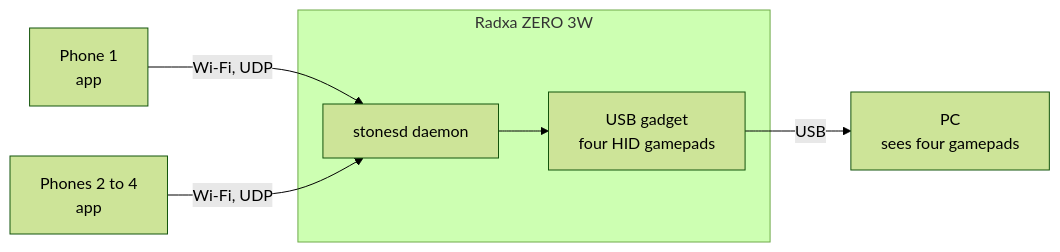
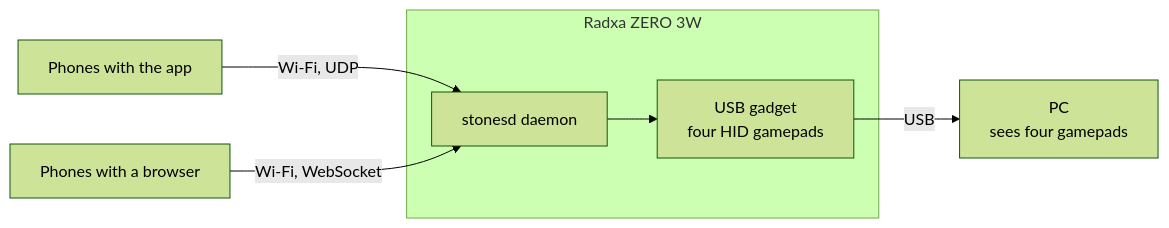
One commit to Saccharoze/phones-as-usb-gamepads changed the diagram in README.md. Above: the diagram before and after it, drawn with Mermaid (forest theme). The commit also changed other lines of this file and 4 other files, not shown here.

````diff
--- a/README.md
+++ b/README.md
@@ -15,9 +15,9 @@
 ```mermaid
 flowchart LR
-  P1["Phone 1<br/>app"] -- "Wi-Fi, UDP" --> D
-  P2["Phones 2 to 4<br/>app"] -- "Wi-Fi, UDP" --> D
+  A["Phones with the app"] -- "Wi-Fi, UDP" --> D
+  W["Phones with a browser"] -- "Wi-Fi, WebSocket" --> D
   subgraph B["Radxa ZERO 3W"]
     D["stonesd daemon"] --> H["USB gadget<br/>four HID gamepads"]
   end
   H -- "USB" --> PC["PC<br/>sees four gamepads"]
 ```
````
